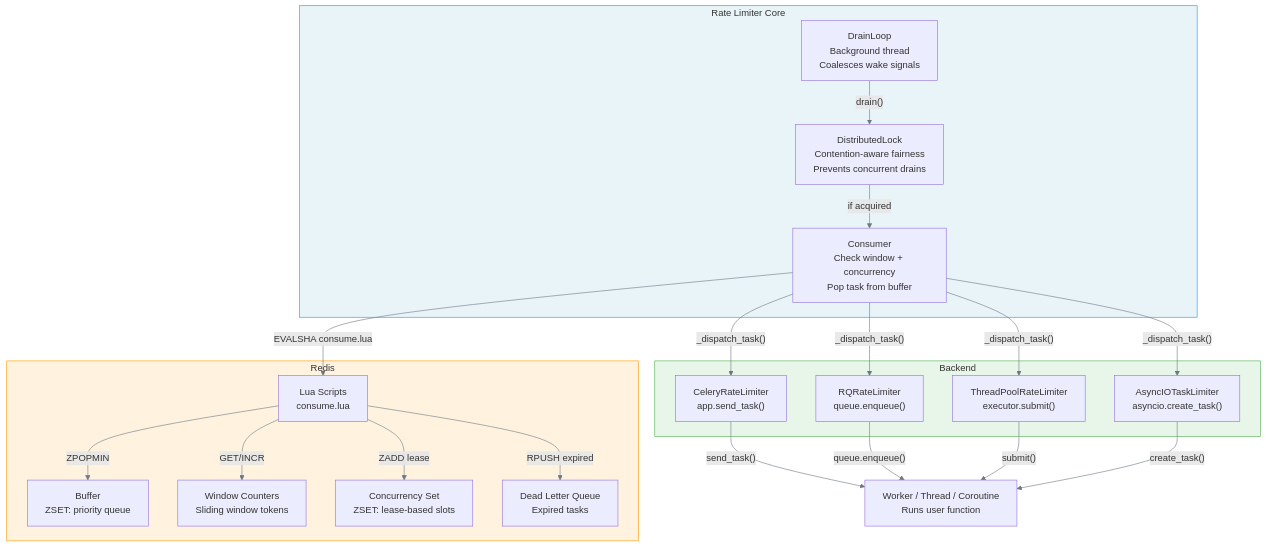
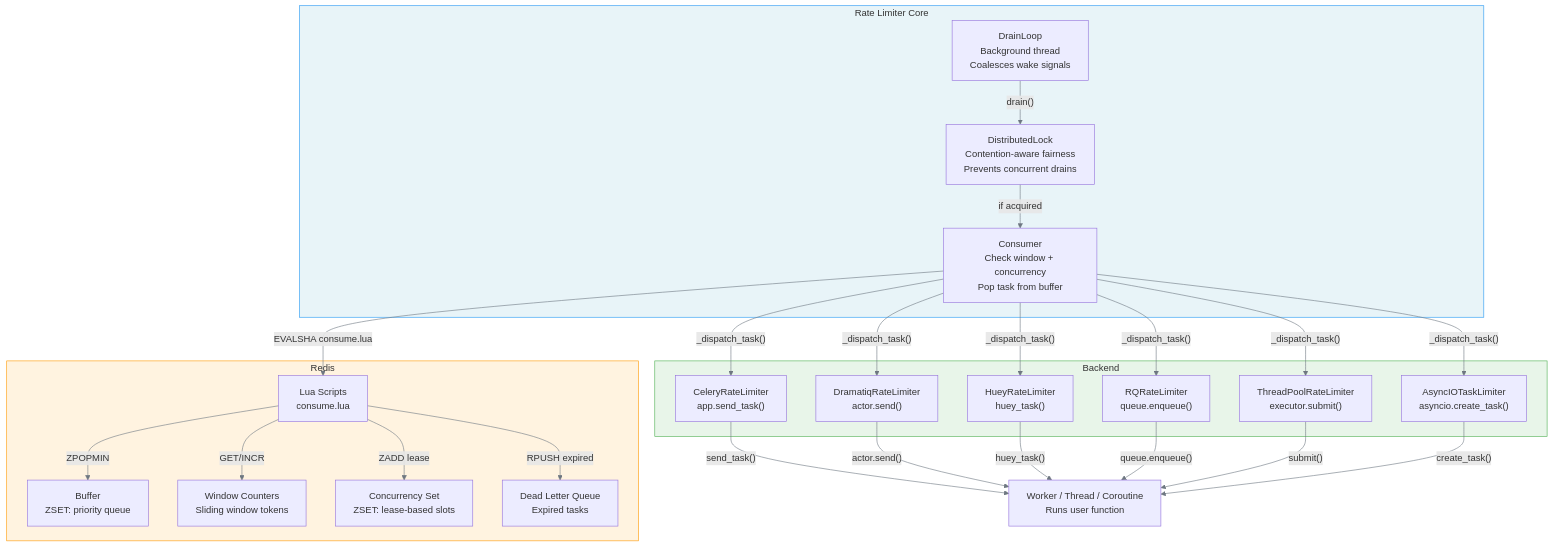
One commit to melroy999/redis-rate-limiter changed the third of 5 diagrams in docs/architecture/components.md. Above: the diagram before and after it, drawn with Mermaid. The commit also changed other lines of this file and 66 other files, not shown here.

Commit message:
[/backends] Added backends for Dramatiq and Huey, including documentation and tests. Misc changes to demos and inline documentations.

````diff
--- a/docs/architecture/components.md
+++ b/docs/architecture/components.md
@@ -99,46 +99,52 @@
 ```mermaid
 %%{init: {"theme": "default", "themeVariables": {"lineColor": "#6e7781"}}}%%
 graph TD
     subgraph Limiter ["Rate Limiter Core"]
         DrainLoop["DrainLoop<br>Background thread<br>Coalesces wake signals"]
         Lock["DistributedLock<br>Contention-aware fairness<br>Prevents concurrent drains"]
         Consumer["Consumer<br>Check window + concurrency<br>Pop task from buffer"]
     end
 
     subgraph Redis ["Redis"]
         LuaScripts["Lua Scripts<br>consume.lua"]
         Buffer["Buffer<br>ZSET: priority queue"]
         WindowCounters["Window Counters<br>Sliding window tokens"]
         ConcurrencySet["Concurrency Set<br>ZSET: lease-based slots"]
         DLQ["Dead Letter Queue<br>Expired tasks"]
     end
 
     subgraph Backends ["Backend"]
         Celery["CeleryRateLimiter<br>app.send_task()"]
+        Dramatiq["DramatiqRateLimiter<br>actor.send()"]
+        Huey["HueyRateLimiter<br>huey_task()"]
         RQ["RQRateLimiter<br>queue.enqueue()"]
         ThreadPool["ThreadPoolRateLimiter<br>executor.submit()"]
         AsyncIO["AsyncIOTaskLimiter<br>asyncio.create_task()"]
     end
 
     Worker["Worker / Thread / Coroutine<br>Runs user function"]
 
     DrainLoop -->|"drain()"| Lock
     Lock -->|"if acquired"| Consumer
     Consumer -->|"EVALSHA consume.lua"| LuaScripts
     LuaScripts -->|"GET/INCR"| WindowCounters
     LuaScripts -->|"ZPOPMIN"| Buffer
     LuaScripts -->|"ZADD lease"| ConcurrencySet
     LuaScripts -->|"RPUSH expired"| DLQ
     Consumer -->|"_dispatch_task()"| Celery
+    Consumer -->|"_dispatch_task()"| Dramatiq
+    Consumer -->|"_dispatch_task()"| Huey
     Consumer -->|"_dispatch_task()"| RQ
     Consumer -->|"_dispatch_task()"| ThreadPool
     Consumer -->|"_dispatch_task()"| AsyncIO
     Celery -->|"send_task()"| Worker
+    Dramatiq -->|"actor.send()"| Worker
+    Huey -->|"huey_task()"| Worker
     RQ -->|"queue.enqueue()"| Worker
     ThreadPool -->|"submit()"| Worker
     AsyncIO -->|"create_task()"| Worker
 
     style Limiter fill:#e8f4f8,stroke:#2196F3
     style Redis fill:#fff3e0,stroke:#FF9800
     style Backends fill:#e8f5e9,stroke:#4CAF50
 ```
````
